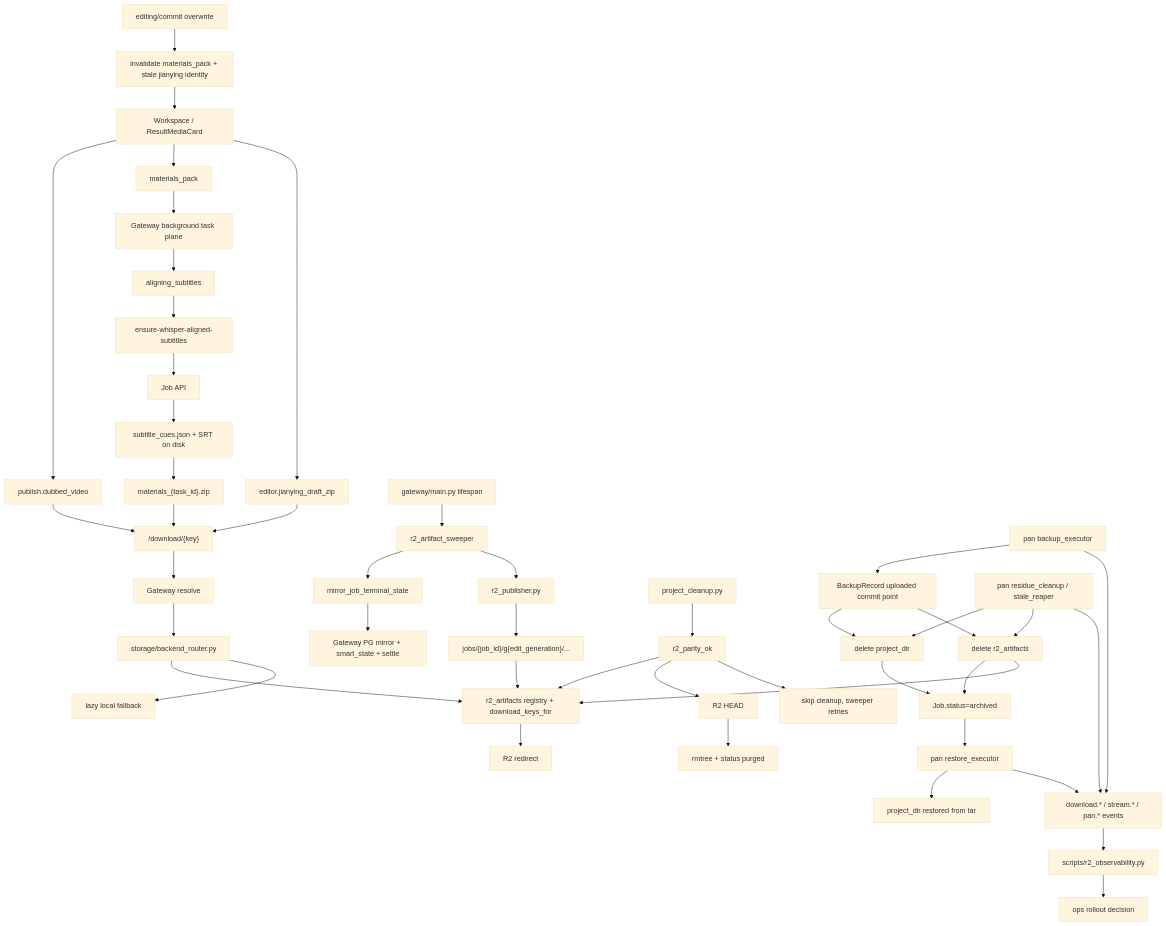
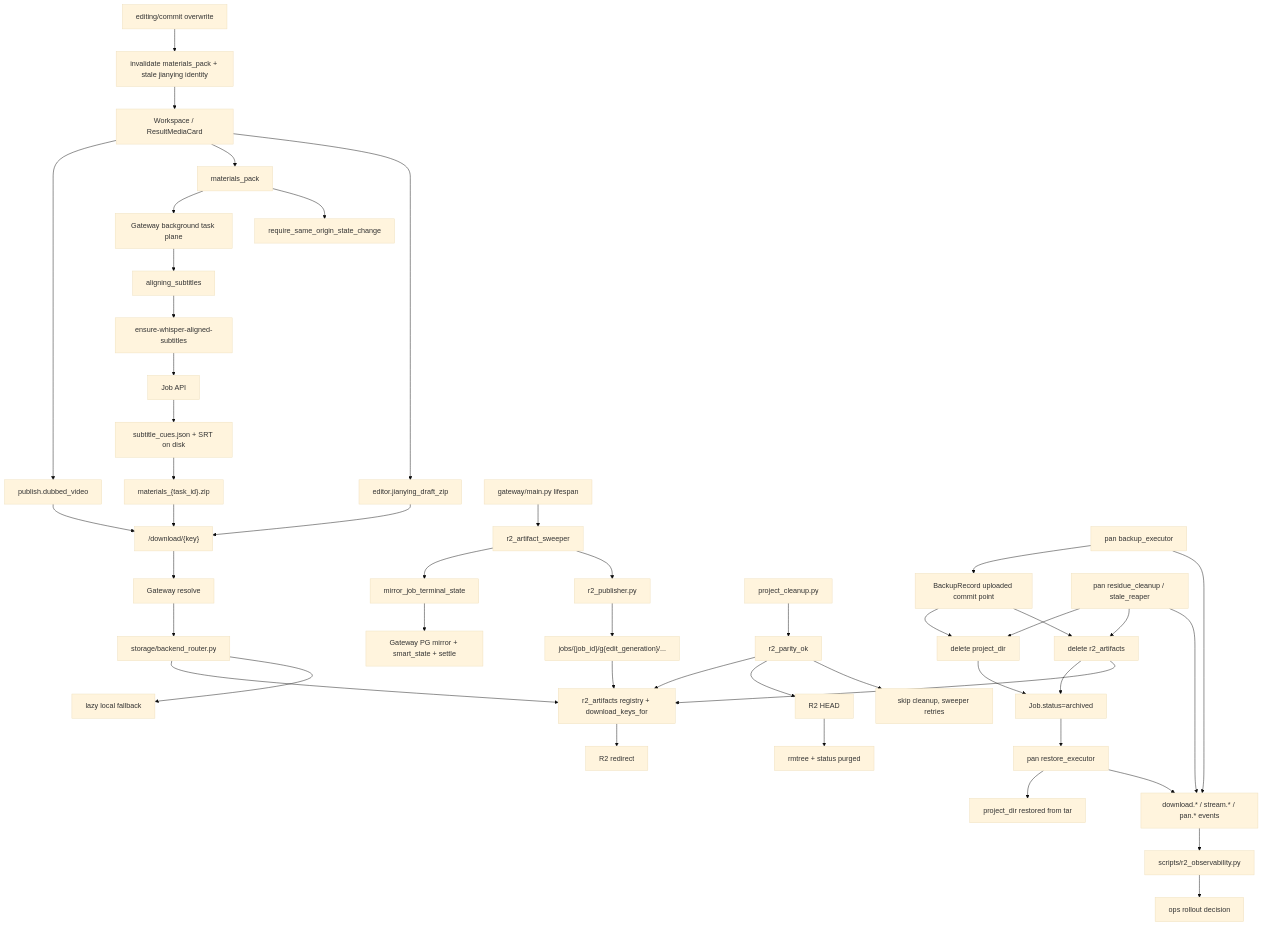
The diagram in docs/graphs/GITNEXUS_STORAGE_DELIVERY_R2_GRAPH.md (sun9bear/AITransVideo), drawn with Mermaid (base theme) before and after one commit. The commit also changed other lines of this file and 12 other files, not shown here.

Commit message:
docs(graphs): refresh GitNexus maps for May 24

````diff
--- a/docs/graphs/GITNEXUS_STORAGE_DELIVERY_R2_GRAPH.md
+++ b/docs/graphs/GITNEXUS_STORAGE_DELIVERY_R2_GRAPH.md
@@ -19,55 +20,56 @@
 ```mermaid
 graph TD
     ResultUI["Workspace / ResultMediaCard"] --> Video["publish.dubbed_video"]
     ResultUI --> Pack["materials_pack"]
     ResultUI --> JDraft["editor.jianying_draft_zip"]
 
     Pack --> TaskPlane["Gateway background task plane"]
+    Pack --> CSRF["require_same_origin_state_change"]
     TaskPlane --> PreAlign["aligning_subtitles"]
     PreAlign --> EnsureApi["ensure-whisper-aligned-subtitles"]
     EnsureApi --> JobApi["Job API"]
     JobApi --> OnDiskSrt["subtitle_cues.json + SRT on disk"]
     OnDiskSrt --> PackZip["materials_{task_id}.zip"]
 
     Video --> DownloadKey["/download/{key}"]
     JDraft --> DownloadKey
     PackZip --> DownloadKey
     DownloadKey --> Gateway["Gateway resolve"]
     Gateway --> Router["storage/backend_router.py"]
     Router --> Registry["r2_artifacts registry + download_keys_for"]
     Registry --> R2["R2 redirect"]
     Router --> Local["lazy local fallback"]
 
     MainLife["gateway/main.py lifespan"] --> Sweeper["r2_artifact_sweeper"]
     Sweeper --> Mirror["mirror_job_terminal_state"]
     Mirror --> PG["Gateway PG mirror + smart_state + settle"]
     Sweeper --> Publisher["r2_publisher.py"]
     Publisher --> Keys["jobs/{job_id}/g{edit_generation}/..."]
     Keys --> Registry
 
     Cleanup["project_cleanup.py"] --> Parity["r2_parity_ok"]
     Parity --> Registry
     Parity --> Head["R2 HEAD"]
     Head --> Purge["rmtree + status purged"]
     Parity --> Skip["skip cleanup, sweeper retries"]
 
     PanBackup["pan backup_executor"] --> PanUploaded["BackupRecord uploaded commit point"]
     PanUploaded --> PanLocalDelete["delete project_dir"]
     PanUploaded --> PanR2Delete["delete r2_artifacts"]
     PanLocalDelete --> PanArchived["Job.status=archived"]
     PanR2Delete --> PanArchived
     PanArchived --> PanRestore["pan restore_executor"]
     PanRestore --> RestoredProject["project_dir restored from tar"]
     PanR2Delete --> Registry
     PanResidue["pan residue_cleanup / stale_reaper"] --> PanLocalDelete
     PanResidue --> PanR2Delete
 
     EventLog["download.* / stream.* / pan.* events"] --> R2Obs["scripts/r2_observability.py"]
     PanBackup --> EventLog
     PanRestore --> EventLog
     PanResidue --> EventLog
     R2Obs --> Ops["ops rollout decision"]
 
     EditCommit["editing/commit overwrite"] --> Invalidate["invalidate materials_pack + stale jianying identity"]
     Invalidate --> ResultUI
 ```
````
